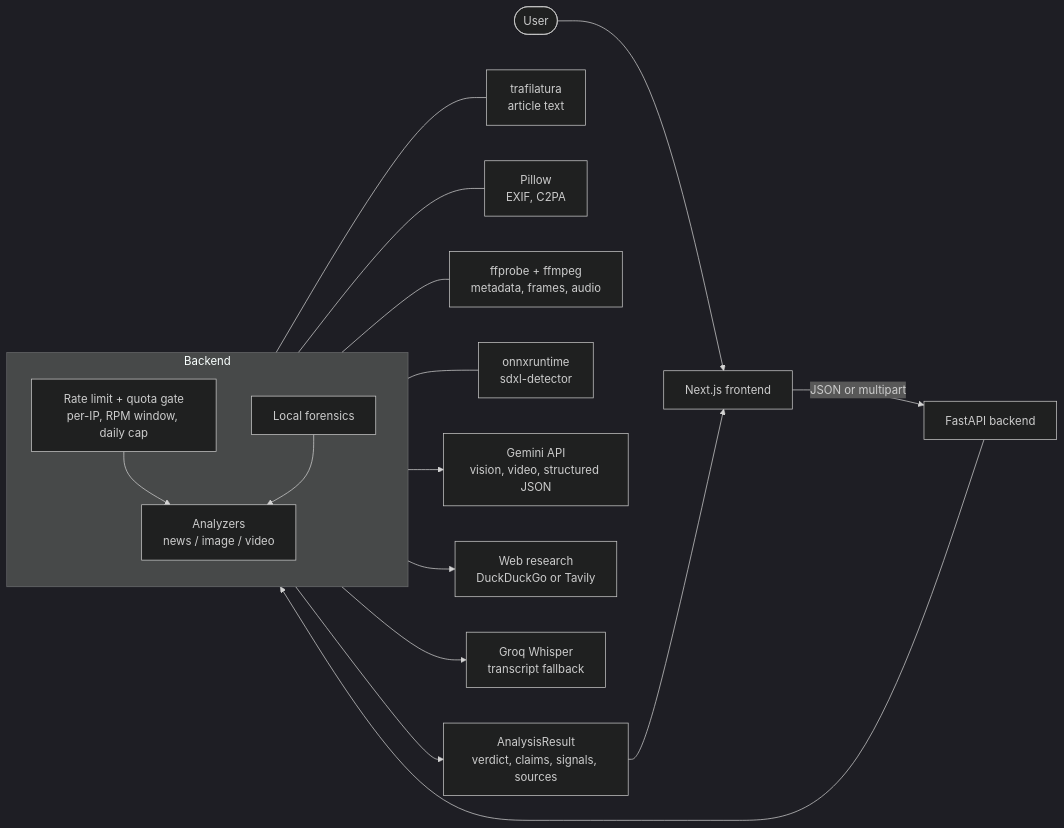
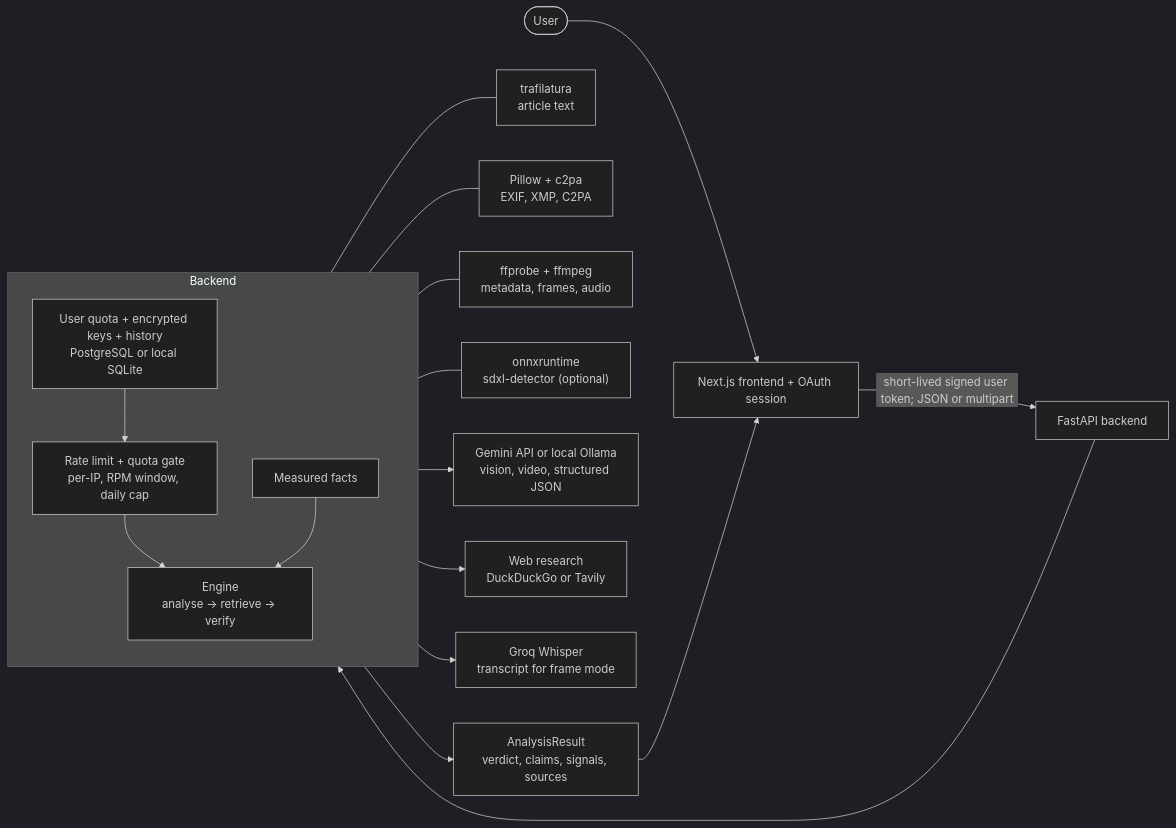
Before and after one commit to muditagrawal-alt/Deepfake-and-Fake-News-Detector: the first of 2 diagrams in README.md, drawn with Mermaid (dark theme). The commit also changed other lines of this file and 6 other files, not shown here.

````diff
--- a/README.md
+++ b/README.md
@@ -46,28 +49,30 @@
 ```mermaid
 flowchart LR
-  U([User]) --> FE["Next.js frontend"]
-  FE -->|"JSON or multipart"| API["FastAPI backend"]
+  U([User]) --> FE["Next.js frontend + OAuth session"]
+  FE -->|"short-lived signed user token; JSON or multipart"| API["FastAPI backend"]
 
   subgraph API_INTERNALS ["Backend"]
     direction TB
     GATE["Rate limit + quota gate<br/>per-IP, RPM window, daily cap"]
-    FOR["Local forensics"]
-    ANA["Analyzers<br/>news / image / video"]
+    ACCT["User quota + encrypted keys + history<br/>PostgreSQL or local SQLite"]
+    FOR["Measured facts"]
+    ANA["Engine<br/>analyse → retrieve → verify"]
     GATE --> ANA
+    ACCT --> GATE
     FOR --> ANA
   end
 
   API --> GATE
 
   FOR --- F1["trafilatura<br/>article text"]
-  FOR --- F2["Pillow<br/>EXIF, C2PA"]
+  FOR --- F2["Pillow + c2pa<br/>EXIF, XMP, C2PA"]
   FOR --- F3["ffprobe + ffmpeg<br/>metadata, frames, audio"]
-  FOR --- F4["onnxruntime<br/>sdxl-detector"]
+  FOR --- F4["onnxruntime<br/>sdxl-detector (optional)"]
 
-  ANA --> GEM["Gemini API<br/>vision, video, structured JSON"]
+  ANA --> GEM["Gemini API or local Ollama<br/>vision, video, structured JSON"]
   ANA --> RES["Web research<br/>DuckDuckGo or Tavily"]
-  ANA --> WHI["Groq Whisper<br/>transcript fallback"]
+  ANA --> WHI["Groq Whisper<br/>transcript for frame mode"]
 
   ANA --> OUT["AnalysisResult<br/>verdict, claims, signals, sources"]
   OUT --> FE
 ```
````
